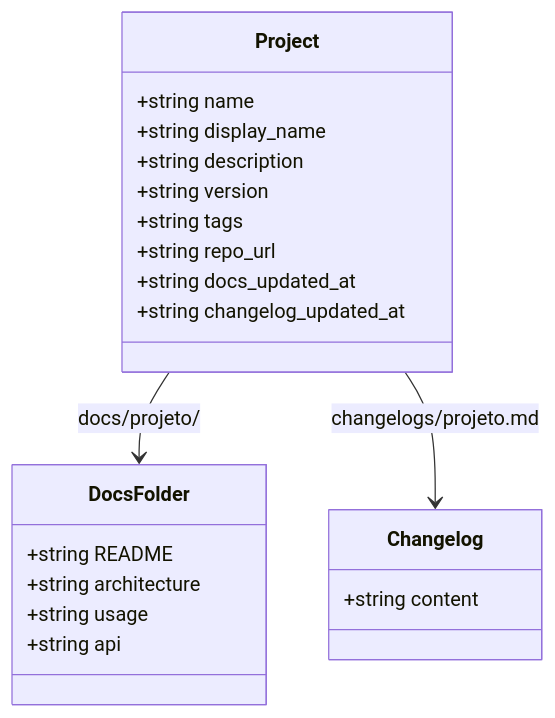
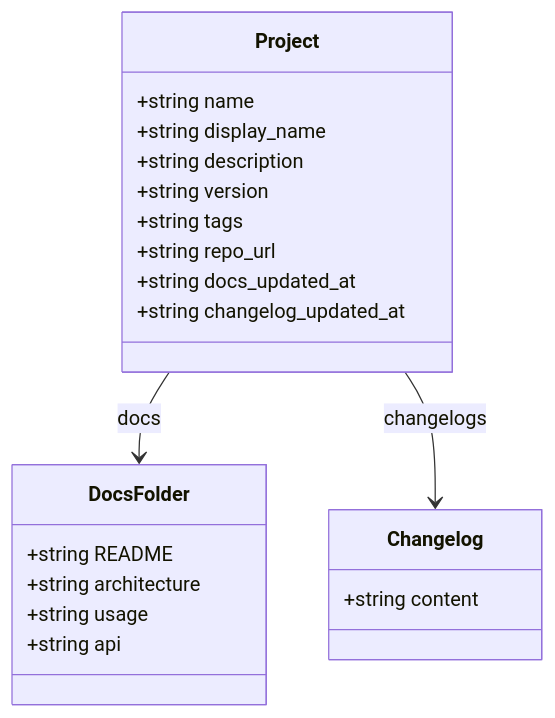
The fourth of 5 diagrams in docs/gitops-portfolio-lambda/architecture.md (uMatheusx/portfolio-hub), drawn with Mermaid before and after one commit. The commit also changed other lines of this file, not shown here.

Commit message:
fix: mermaid flows

````diff
--- a/docs/gitops-portfolio-lambda/architecture.md
+++ b/docs/gitops-portfolio-lambda/architecture.md
@@ -61,27 +61,27 @@
 ```mermaid
 classDiagram
     class Project {
         +string name
         +string display_name
         +string description
         +string version
         +string tags
         +string repo_url
         +string docs_updated_at
         +string changelog_updated_at
     }
 
     class DocsFolder {
         +string README
         +string architecture
         +string usage
         +string api
     }
 
     class Changelog {
         +string content
     }
 
-    Project --> DocsFolder : docs/projeto/
-    Project --> Changelog : changelogs/projeto.md
+    Project --> DocsFolder : docs
+    Project --> Changelog : changelogs
 ```
````
